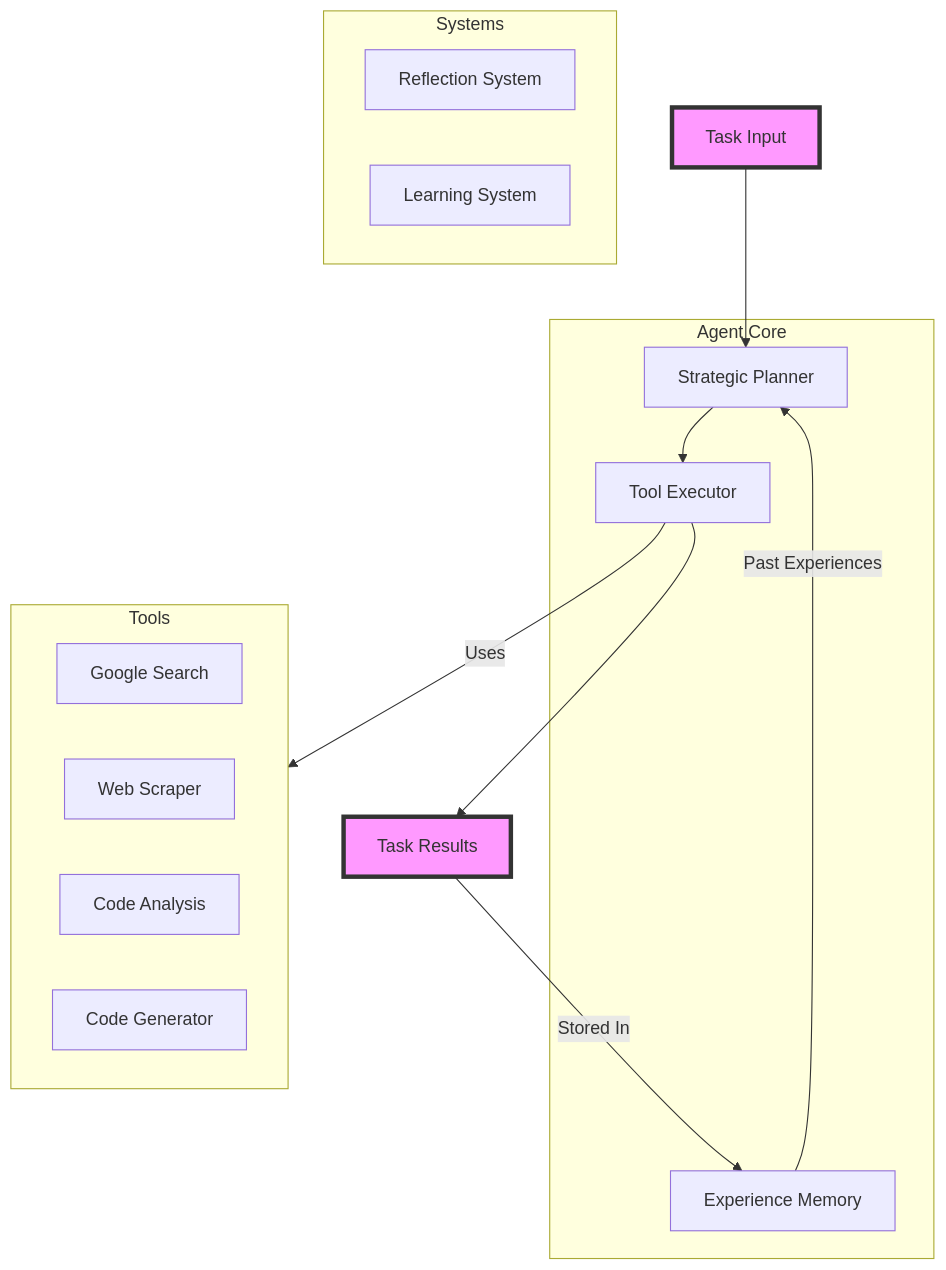
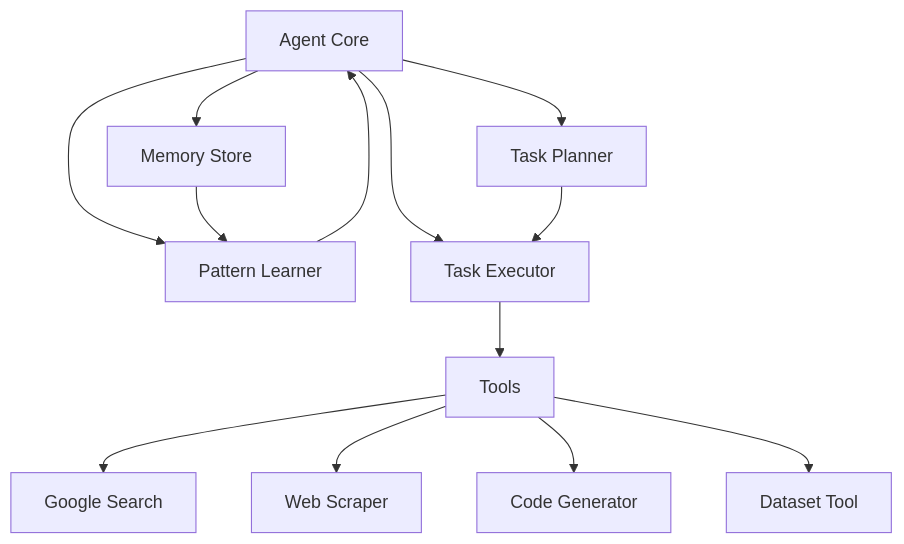
Before and after one commit to ashioyajotham/web_research_agent: the diagram in README.md, drawn with Mermaid. The commit also changed other lines of this file and 1 other file, not shown here.

````diff
--- a/README.md
+++ b/README.md
@@ -71,30 +7,17 @@
 ```mermaid
-graph TD
-    Task[Task Input] --> Planner
+graph TB
+    Agent[Agent Core] --> Planner[Task Planner]
+    Agent --> Memory[Memory Store]
+    Agent --> Learning[Pattern Learner]
+    Agent --> Executor[Task Executor]
+    
     Planner --> Executor
-    Memory -->|Past Experiences| Planner
-    Executor -->|Uses| Tools
-    Executor --> Results[Task Results]
-    Results -->|Stored In| Memory
+    Memory --> Learning
+    Learning --> Agent
     
-    subgraph Agent Core
-        Planner[Strategic Planner]
-        Executor[Tool Executor]
-        Memory[Experience Memory]
-    end
-    
-    subgraph Tools
-        T1[Google Search]
-        T2[Web Scraper]
-        T3[Code Analysis]
-        T4[Code Generator]
-    end
-    
-    subgraph Systems
-        S1[Reflection System]
-        S2[Learning System]
-    end
-
-    class Task,Results emphasis
-    classDef emphasis fill:#f9f,stroke:#333,stroke-width:4px
+    Executor --> Tools[Tools]
+    Tools --> GoogleSearch[Google Search]
+    Tools --> WebScraper[Web Scraper]
+    Tools --> CodeGen[Code Generator]
+    Tools --> DataTool[Dataset Tool]
 ```
````
